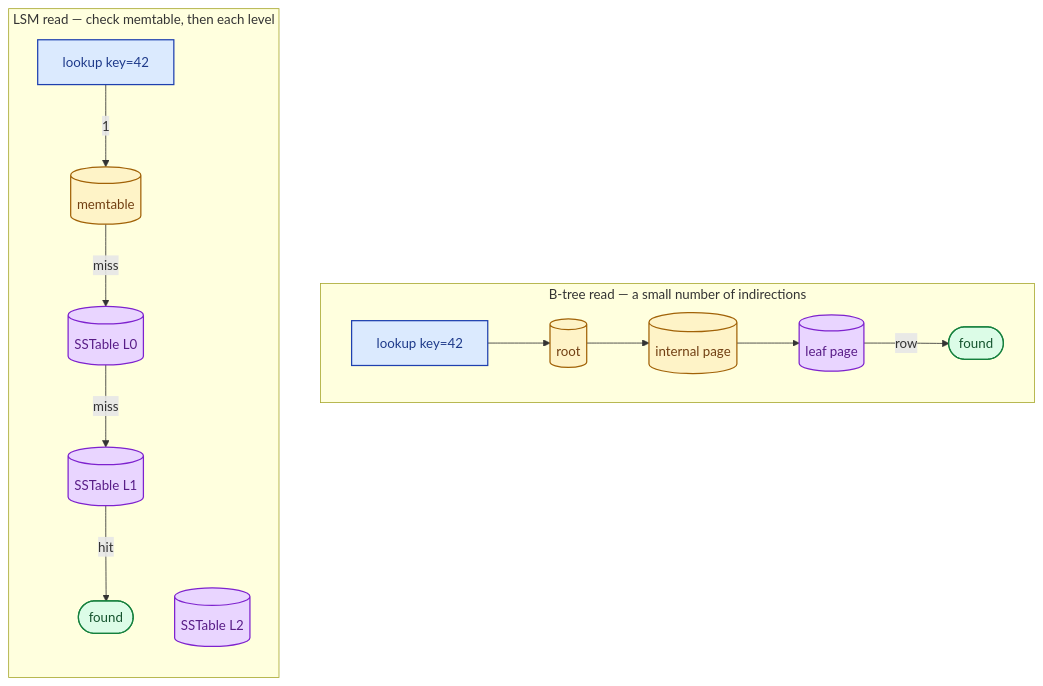
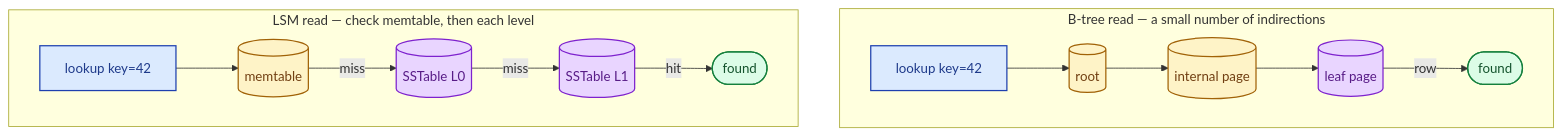
Before and after one commit to shiningflash/shiningflash.github.io: the third of 3 diagrams in _sd_concepts/009-b-tree-vs-lsm-tree.md, drawn with Mermaid. The commit also changed 8 other files, not shown here.

First line of the commit message:
Fix diagrams that rendered cramped at column width

````diff
--- a/_sd_concepts/009-b-tree-vs-lsm-tree.md
+++ b/_sd_concepts/009-b-tree-vs-lsm-tree.md
@@ -79,29 +79,23 @@
 ```mermaid
 flowchart TB
     subgraph BREAD["B-tree read — a small number of indirections"]
         direction LR
         B1["lookup key=42"]:::client --> B2[("root")]:::infra
         B2 --> B3[("internal page")]:::infra
         B3 --> B4[("leaf page")]:::store
         B4 -->|"row"| B5(["found"]):::done
     end
 
     subgraph LREAD["LSM read — check memtable, then each level"]
-        direction TB
-        L1["lookup key=42"]:::client
-        L2[("memtable")]:::infra
-        L3[("SSTable L0")]:::store
-        L4[("SSTable L1")]:::store
-        L5[("SSTable L2")]:::store
-        F(["found"]):::done
-        L1 -->|"1"| L2
-        L2 -->|"miss"| L3
-        L3 -->|"miss"| L4
-        L4 -->|"hit"| F
+        direction LR
+        L1["lookup key=42"]:::client --> L2[("memtable")]:::infra
+        L2 -->|"miss"| L3[("SSTable L0")]:::store
+        L3 -->|"miss"| L4[("SSTable L1")]:::store
+        L4 -->|"hit"| F(["found"]):::done
     end
 
     classDef client fill:#dbeafe,stroke:#1e40af,color:#1e3a8a,stroke-width:1.5px
     classDef infra fill:#fef3c7,stroke:#a16207,color:#713f12,stroke-width:1.5px
     classDef store fill:#e9d5ff,stroke:#7e22ce,color:#581c87,stroke-width:1.5px
     classDef done fill:#dcfce7,stroke:#15803d,color:#14532d,stroke-width:1.5px
 ```
````
